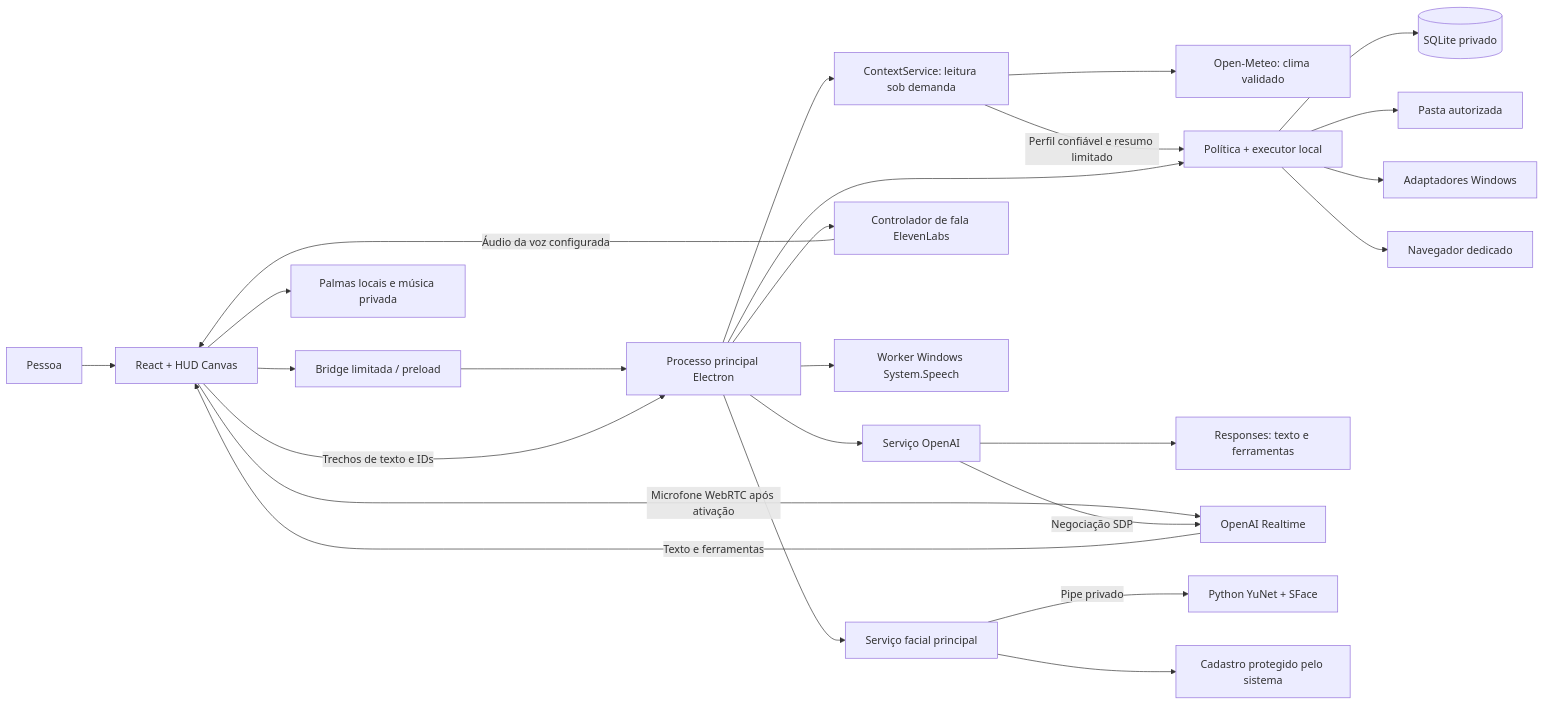
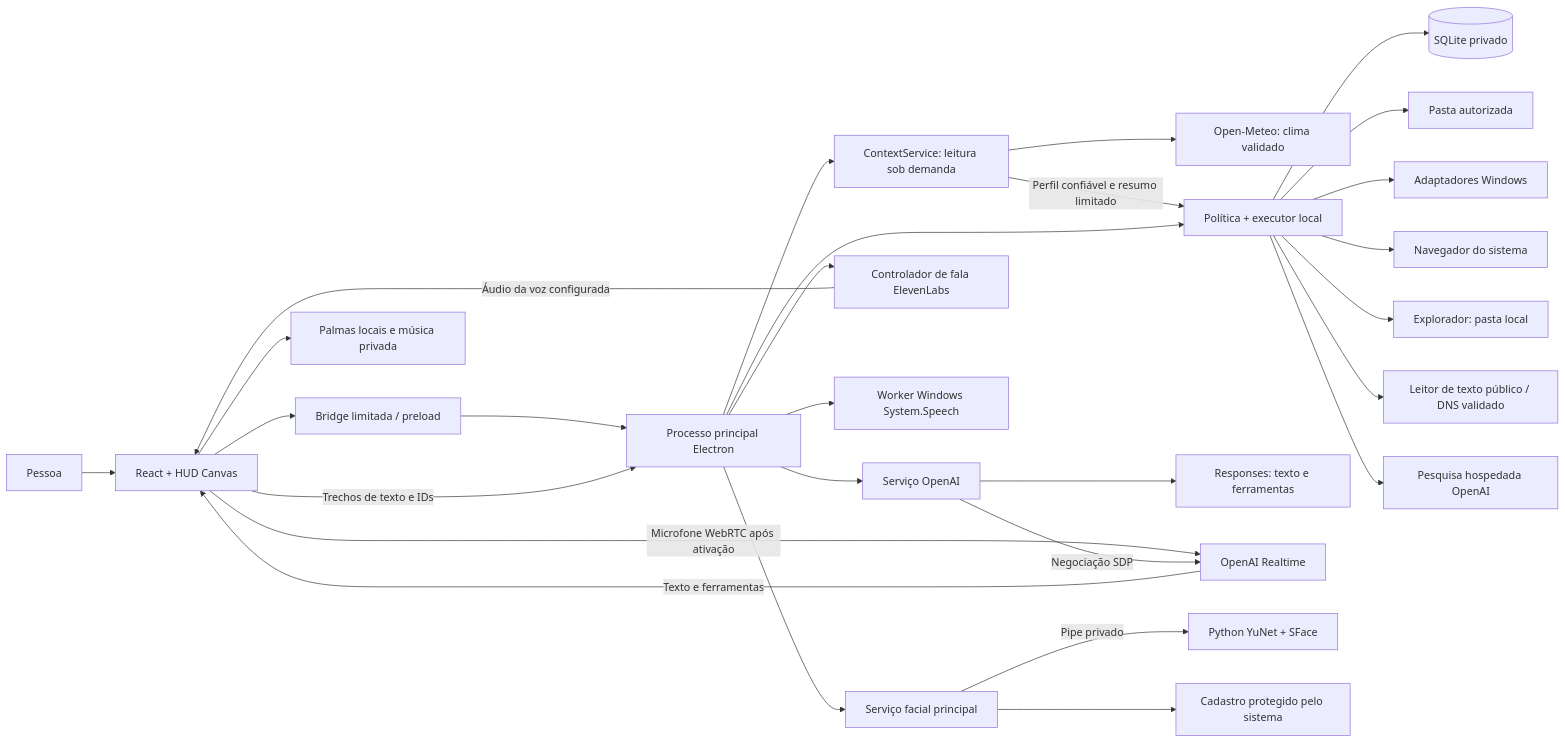
Before and after one commit to Gleysonp-Dev/GleysonSilva-Jarvis: the diagram in docs/architecture.md, drawn with Mermaid. The commit also changed other lines of this file and 29 other files, not shown here.

````diff
--- a/docs/architecture.md
+++ b/docs/architecture.md
@@ -7,27 +7,30 @@
 ```mermaid
 flowchart LR
     Pessoa[Pessoa] --> UI[React + HUD Canvas]
     UI --> Bridge[Bridge limitada / preload]
     Bridge --> Main[Processo principal Electron]
     Main --> Context[ContextService: leitura sob demanda]
     Context --> Weather[Open-Meteo: clima validado]
     Context -->|Perfil confiável e resumo limitado| Runtime
     Main --> Provider[Serviço OpenAI]
     Provider --> Responses[Responses: texto e ferramentas]
     UI -->|Microfone WebRTC após ativação| Realtime[OpenAI Realtime]
     Realtime -->|Texto e ferramentas| UI
     Provider -->|Negociação SDP| Realtime
     UI -->|Trechos de texto e IDs| Main
     Main --> Speech[Controlador de fala ElevenLabs]
     Speech -->|Áudio da voz configurada| UI
     UI --> Standby[Palmas locais e música privada]
     Main --> Wake[Worker Windows System.Speech]
     Main --> Runtime[Política + executor local]
     Runtime --> DB[(SQLite privado)]
     Runtime --> Files[Pasta autorizada]
     Runtime --> Apps[Adaptadores Windows]
-    Runtime --> Browser[Navegador dedicado]
+    Runtime --> Browser[Navegador do sistema]
+    Runtime --> Folders[Explorador: pasta local]
+    Runtime --> Web[Leitor de texto público / DNS validado]
+    Runtime --> Search[Pesquisa hospedada OpenAI]
     Main --> Vision[Serviço facial principal]
     Vision -->|Pipe privado| Worker[Python YuNet + SFace]
     Vision --> Protected[Cadastro protegido pelo sistema]
 ```
````
